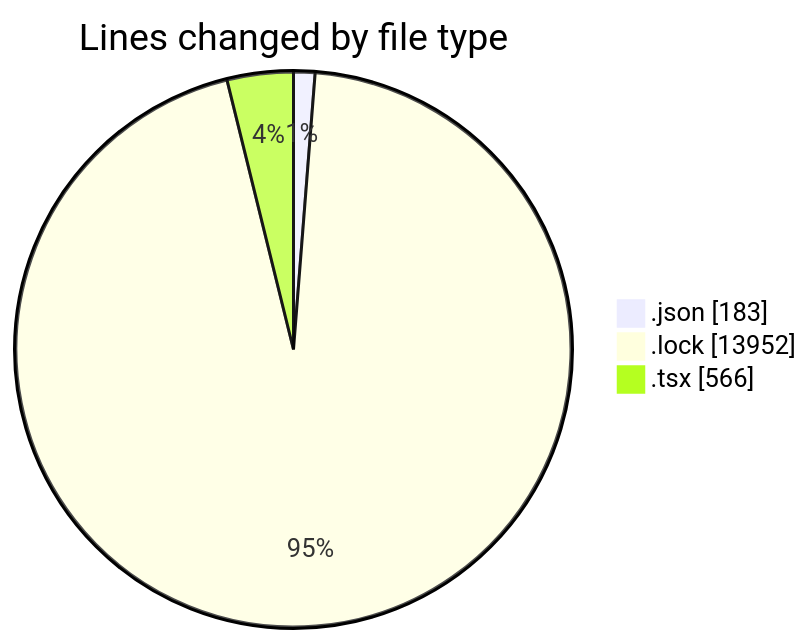
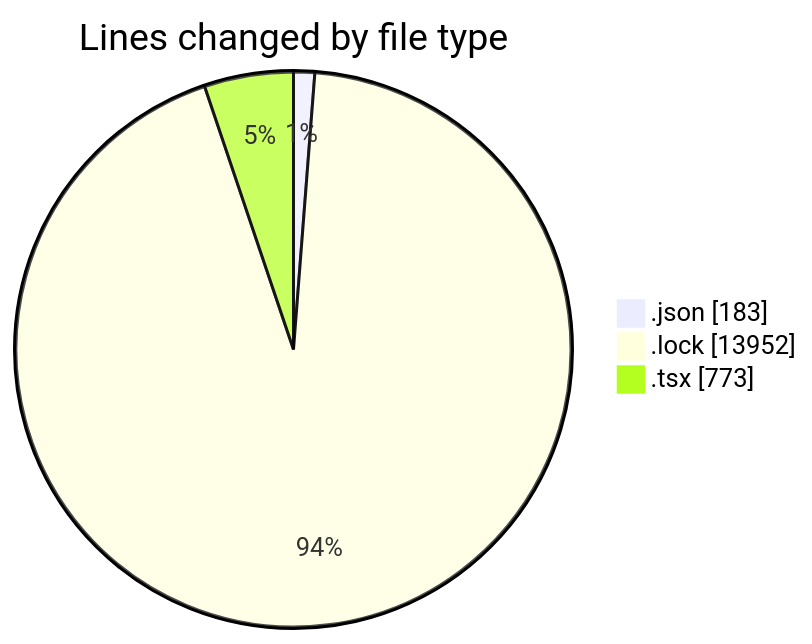
Before and after one commit to momahboobian/code-tracking: the first of 2 diagrams in 2026-05-14/cda/README.md, drawn with Mermaid. The commit also changed other lines of this file and 1 other file, not shown here.

````diff
--- a/2026-05-14/cda/README.md
+++ b/2026-05-14/cda/README.md
@@ -26,7 +27,7 @@
 ```mermaid
 pie showData
 title Lines changed by file type
 ".json" : 183
 ".lock" : 13952
-".tsx" : 566
+".tsx" : 773
 ```
````
